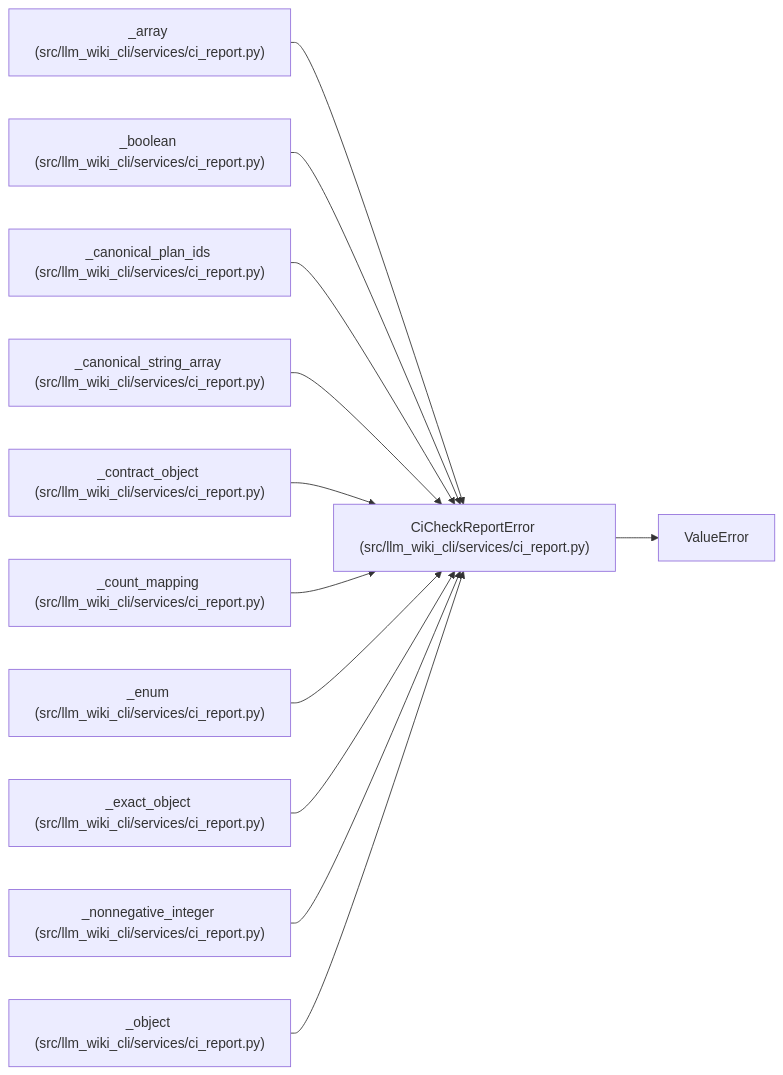
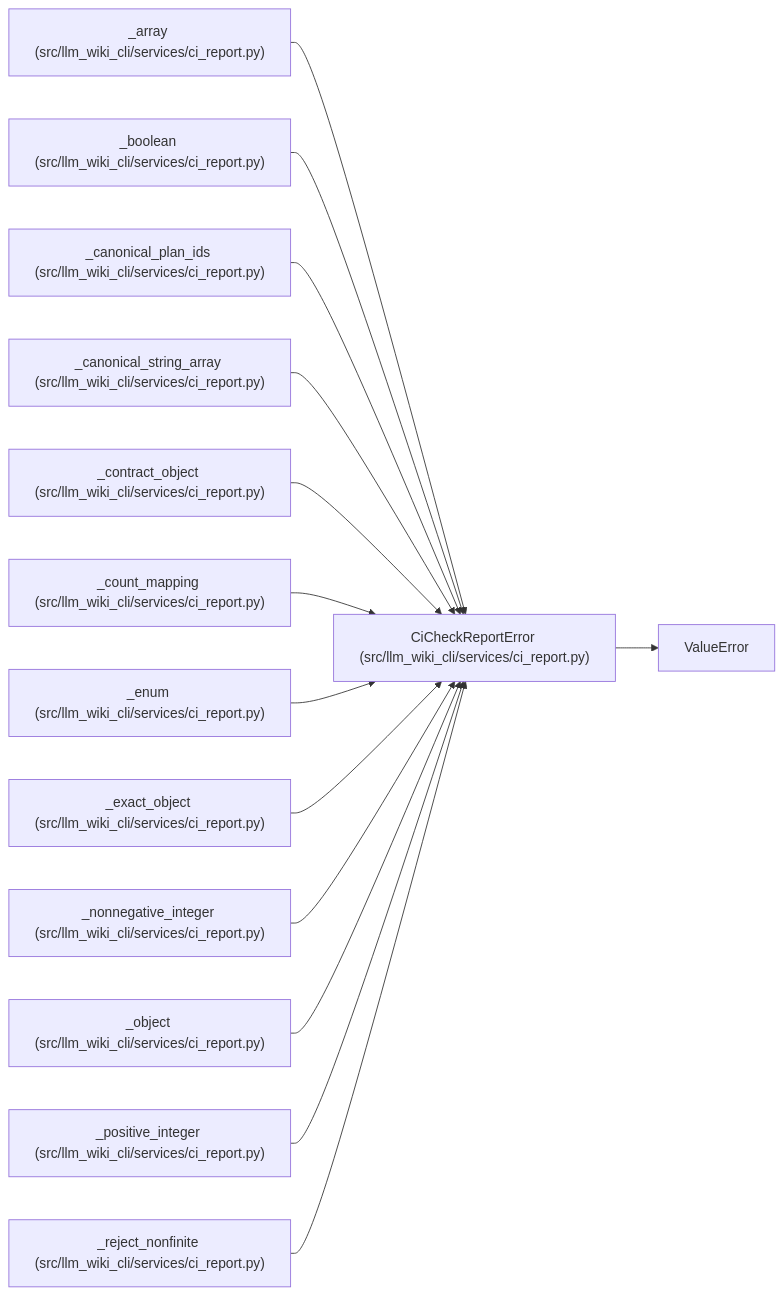
Before and after one commit to Denissvgn/python-wiki-llm: the diagram in docs/llm_wiki/entities/CiCheckReportError.md, drawn with Mermaid. The commit also changed other lines of this file and 493 other files, not shown here.

````diff
--- a/docs/llm_wiki/entities/CiCheckReportError.md
+++ b/docs/llm_wiki/entities/CiCheckReportError.md
@@ -23,37 +23,43 @@
 ```mermaid
 flowchart LR
     n0["CiCheckReportError (src/llm_wiki_cli/services/ci_report.py)"]
     n1["ValueError"]
     n2["_array (src/llm_wiki_cli/services/ci_report.py)"]
     n3["_boolean (src/llm_wiki_cli/services/ci_report.py)"]
     n4["_canonical_plan_ids (src/llm_wiki_cli/services/ci_report.py)"]
     n5["_canonical_string_array (src/llm_wiki_cli/services/ci_report.py)"]
     n6["_contract_object (src/llm_wiki_cli/services/ci_report.py)"]
     n7["_count_mapping (src/llm_wiki_cli/services/ci_report.py)"]
     n8["_enum (src/llm_wiki_cli/services/ci_report.py)"]
     n9["_exact_object (src/llm_wiki_cli/services/ci_report.py)"]
     n10["_nonnegative_integer (src/llm_wiki_cli/services/ci_report.py)"]
     n11["_object (src/llm_wiki_cli/services/ci_report.py)"]
+    n12["_positive_integer (src/llm_wiki_cli/services/ci_report.py)"]
+    n13["_reject_nonfinite (src/llm_wiki_cli/services/ci_report.py)"]
     n0 --> n1
     n2 --> n0
     n3 --> n0
     n4 --> n0
     n5 --> n0
     n6 --> n0
     n7 --> n0
     n8 --> n0
     n9 --> n0
     n10 --> n0
     n11 --> n0
+    n12 --> n0
+    n13 --> n0
     click n0 "../modules/ci_report.md"
     click n2 "../modules/ci_report.md"
     click n3 "../modules/ci_report.md"
     click n4 "../modules/ci_report.md"
     click n5 "../modules/ci_report.md"
     click n6 "../modules/ci_report.md"
     click n7 "../modules/ci_report.md"
     click n8 "../modules/ci_report.md"
     click n9 "../modules/ci_report.md"
     click n10 "../modules/ci_report.md"
     click n11 "../modules/ci_report.md"
+    click n12 "../modules/ci_report.md"
+    click n13 "../modules/ci_report.md"
 ```
````
